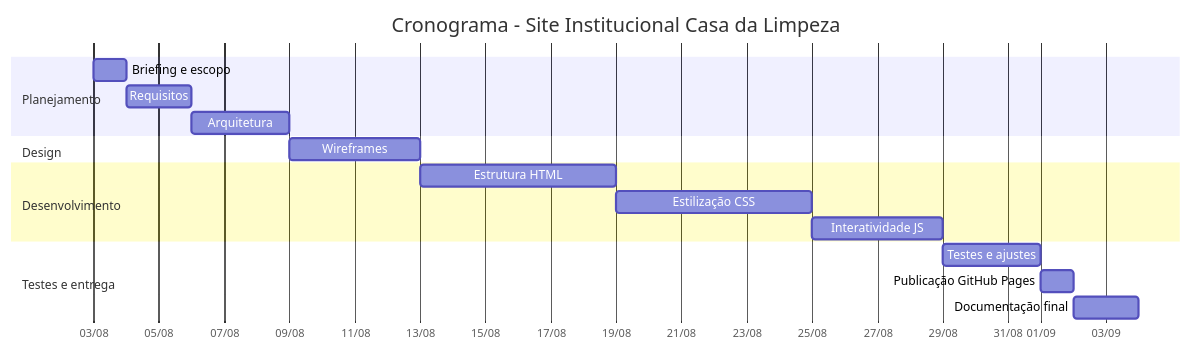
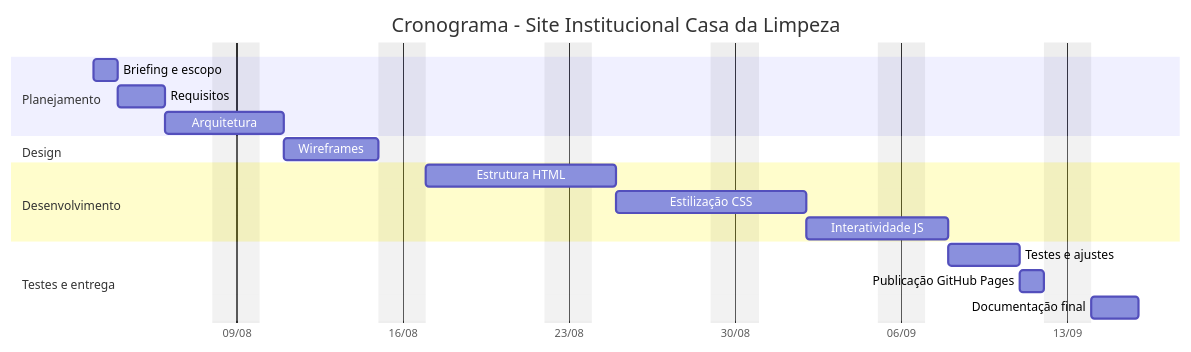
One commit to izaamc/casa-da-limpeza changed the diagram in README.md. Above: the diagram before and after it, drawn with Mermaid. The commit also changed other lines of this file, not shown here.

````diff
--- a/README.md
+++ b/README.md
@@ -30,24 +34,25 @@
 ```mermaid
 gantt
     title Cronograma - Site Institucional Casa da Limpeza
     dateFormat YYYY-MM-DD
     axisFormat %d/%m
+    excludes weekends
 
     section Planejamento
     Briefing e escopo       :a1, 2026-08-03, 1d
     Requisitos              :a2, after a1, 2d
     Arquitetura             :a3, after a2, 3d
 
     section Design
     Wireframes               :a4, after a3, 4d
 
     section Desenvolvimento
     Estrutura HTML          :a5, after a4, 6d
     Estilização CSS         :a6, after a5, 6d
     Interatividade JS       :a7, after a6, 4d
 
     section Testes e entrega
     Testes e ajustes        :a8, after a7, 3d
     Publicação GitHub Pages :a9, after a8, 1d
     Documentação final      :a10, after a9, 2d
 ```
````
